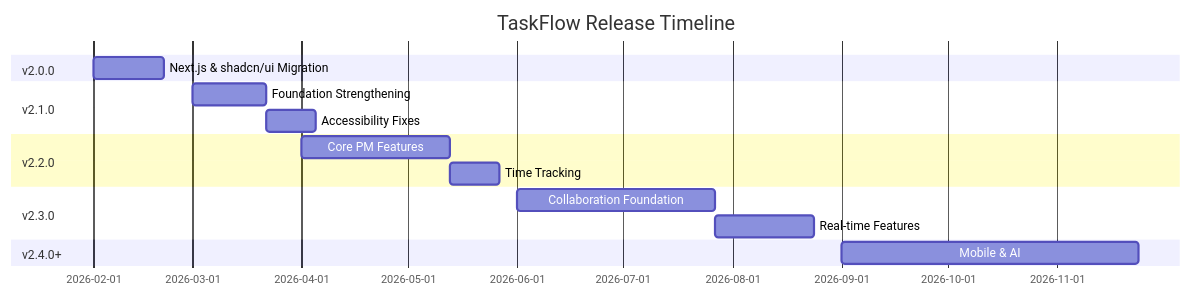
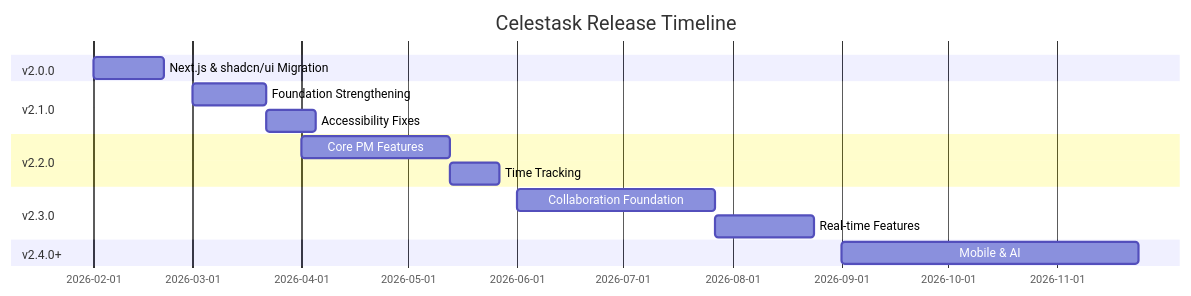
One commit to vkeerthivikram/task-tracking changed the second of 3 diagrams in docs/ROADMAP.md. Above: the diagram before and after it, drawn with Mermaid. The commit also changed other lines of this file and 27 other files, not shown here.

First line of the commit message:
refactor: rename project from TaskFlow to Celestask

````diff
--- a/docs/ROADMAP.md
+++ b/docs/ROADMAP.md
@@ -453,18 +453,18 @@
 ```mermaid
 gantt
-    title TaskFlow Release Timeline
+    title Celestask Release Timeline
     dateFormat  YYYY-MM-DD
     section v2.0.0
     Next.js & shadcn/ui Migration  :a1, 2026-02-01, 20d
     section v2.1.0
     Foundation Strengthening       :b1, 2026-03-01, 21d
     Accessibility Fixes            :b2, after b1, 14d
     section v2.2.0
     Core PM Features               :c1, 2026-04-01, 42d
     Time Tracking                  :c2, after c1, 14d
     section v2.3.0
     Collaboration Foundation       :d1, 2026-06-01, 56d
     Real-time Features             :d2, after d1, 28d
     section v2.4.0+
     Mobile & AI                    :e1, 2026-09-01, 84d
 ```
````
